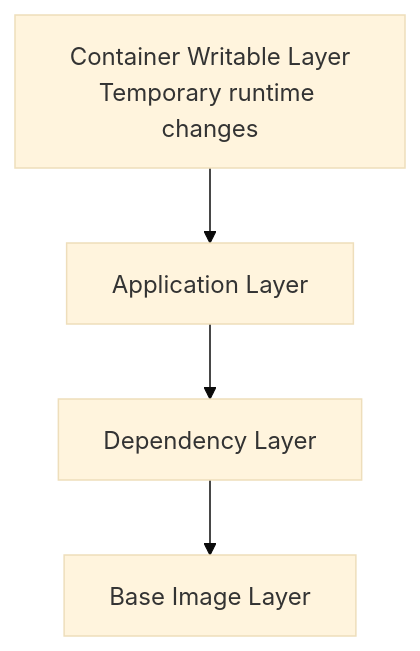
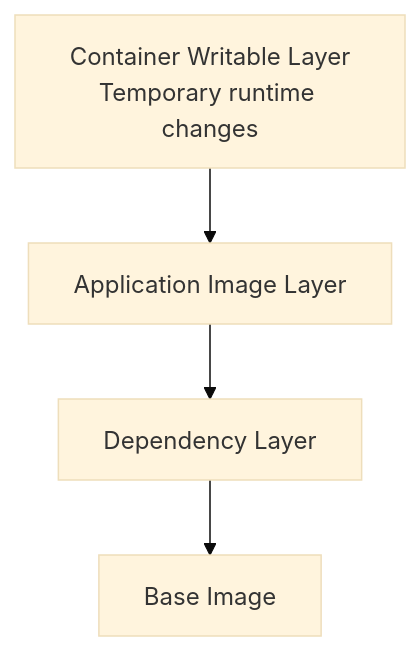
Before and after one commit to AvadhBhalodiya/Interview-Preparation: the second of 8 diagrams in src/content/devops/docker-compose-networking.md, drawn with Mermaid (base theme). The commit also changed other lines of this file and 54 other files, not shown here.

````diff
--- a/src/content/devops/docker-compose-networking.md
+++ b/src/content/devops/docker-compose-networking.md
@@ -73,9 +85,9 @@
 ```mermaid
 flowchart TB
     W[Container Writable Layer<br/>Temporary runtime changes]
-    L3[Application Layer]
-    L2[Dependency Layer]
-    L1[Base Image Layer]
+    A[Application Image Layer]
+    D[Dependency Layer]
+    B[Base Image]
 
-    W --> L3 --> L2 --> L1
+    W --> A --> D --> B
 ```
````
